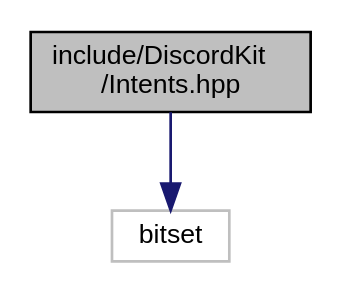
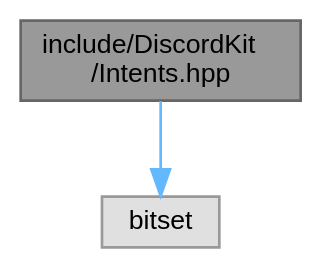
Before and after one commit to nikooozzz/DiscordKit: the diagram in d5/ddf/Intents_8hpp__incl.dot, drawn with Graphviz. The commit also changed 322 other files, not shown here.

Commit message:
Deploying to gh-pages from @ nikooozzz/DiscordKit@25959401f6de58a170c9d8f1c7485b84f1b5a88c 🚀

```diff
--- a/d5/ddf/Intents_8hpp__incl.dot
+++ b/d5/ddf/Intents_8hpp__incl.dot
@@ -1,9 +1,10 @@
 digraph "include/DiscordKit/Intents.hpp"
 {
  // LATEX_PDF_SIZE
-  edge [fontname="Helvetica",fontsize="10",labelfontname="Helvetica",labelfontsize="10"];
-  node [fontname="Helvetica",fontsize="10",shape=record];
-  Node1 [label="include/DiscordKit\l/Intents.hpp",height=0.2,width=0.4,color="black", fillcolor="grey75", style="filled", fontcolor="black",tooltip=" "];
-  Node1 -> Node2 [color="midnightblue",fontsize="10",style="solid",fontname="Helvetica"];
-  Node2 [label="bitset",height=0.2,width=0.4,color="grey75", fillcolor="white", style="filled",tooltip=" "];
+  bgcolor="transparent";
+  edge [fontname=Helvetica,fontsize=10,labelfontname=Helvetica,labelfontsize=10];
+  node [fontname=Helvetica,fontsize=10,shape=box,height=0.2,width=0.4];
+  Node1 [id="Node000001",label="include/DiscordKit\l/Intents.hpp",height=0.2,width=0.4,color="gray40", fillcolor="grey60", style="filled", fontcolor="black",tooltip=" "];
+  Node1 -> Node2 [id="edge1_Node000001_Node000002",color="steelblue1",style="solid",tooltip=" "];
+  Node2 [id="Node000002",label="bitset",height=0.2,width=0.4,color="grey60", fillcolor="#E0E0E0", style="filled",tooltip=" "];
 }
```
